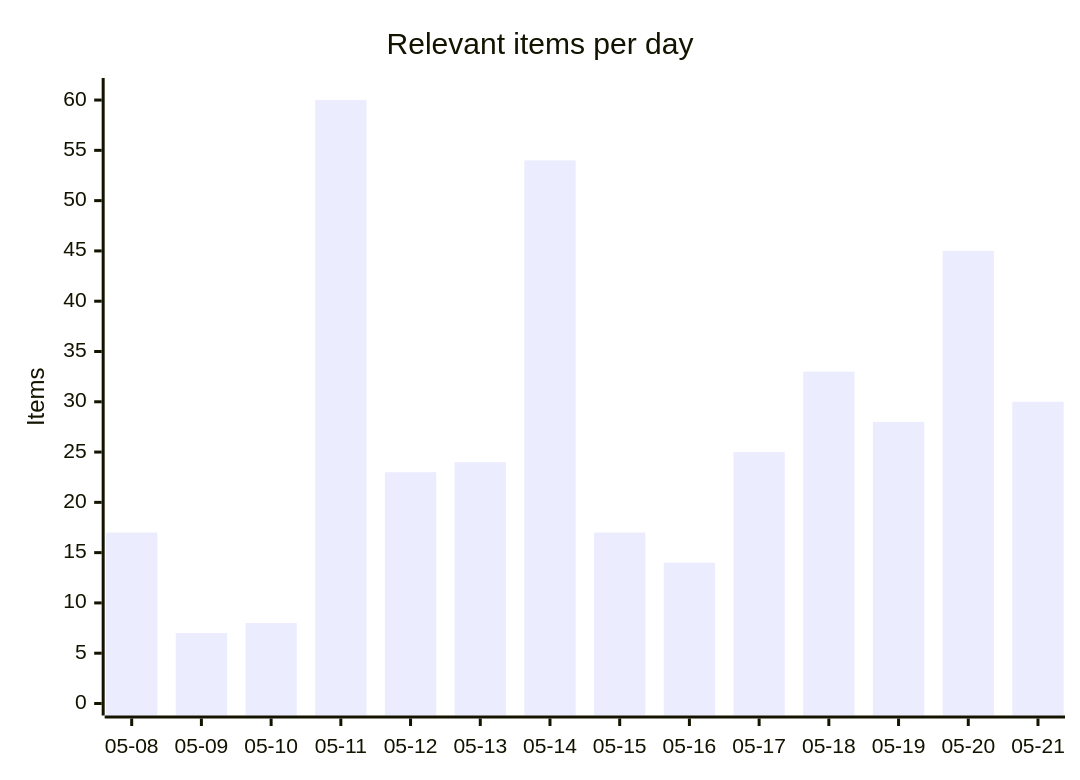
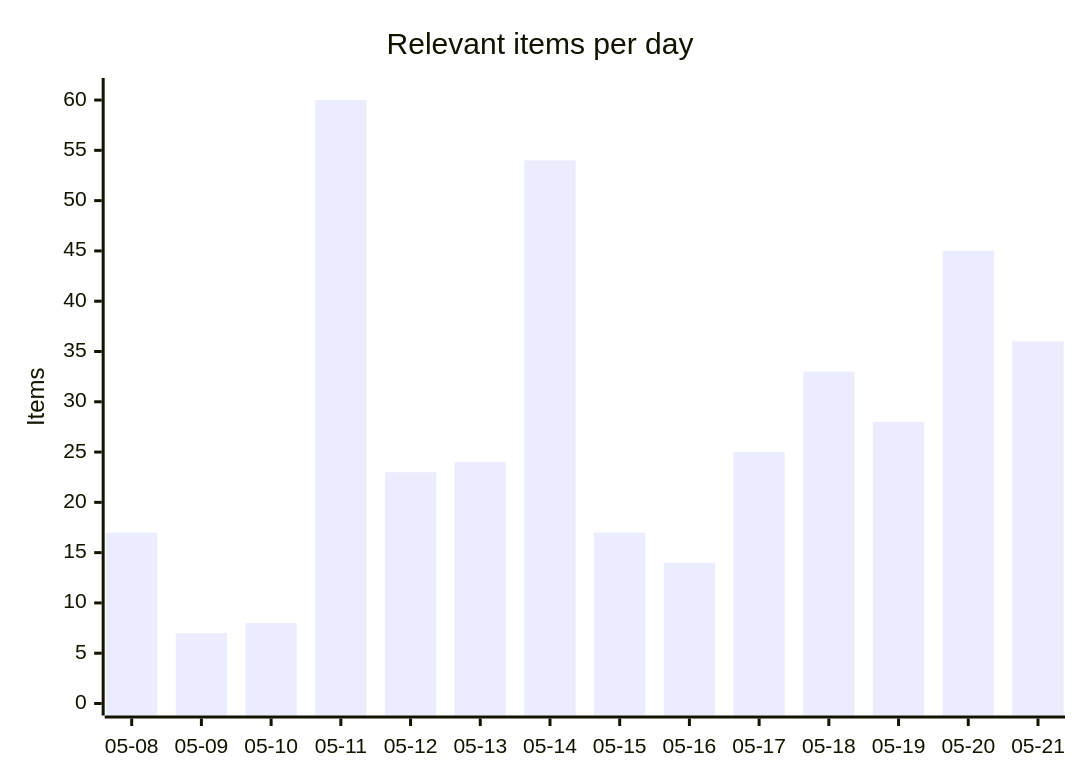
One commit to martinbalfanz/social-scanner-reports changed the first of 4 diagrams in README.md. Above: the diagram before and after it, drawn with Mermaid. The commit also changed other lines of this file and 4 other files, not shown here.

````diff
--- a/README.md
+++ b/README.md
@@ -30,7 +30,7 @@
 ```mermaid
 xychart-beta
     title "Relevant items per day"
     x-axis ["05-08", "05-09", "05-10", "05-11", "05-12", "05-13", "05-14", "05-15", "05-16", "05-17", "05-18", "05-19", "05-20", "05-21"]
     y-axis "Items" 0 --> 61
-    bar [17, 7, 8, 60, 23, 24, 54, 17, 14, 25, 33, 28, 45, 30]
+    bar [17, 7, 8, 60, 23, 24, 54, 17, 14, 25, 33, 28, 45, 36]
 ```
````
